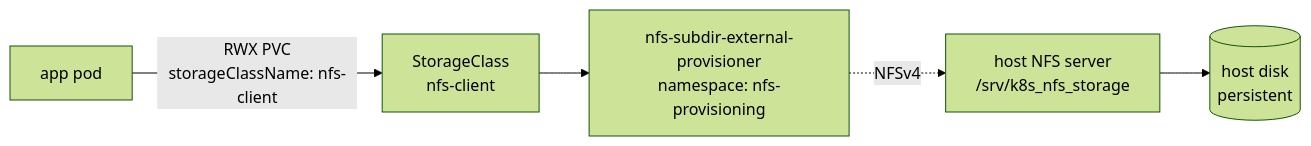
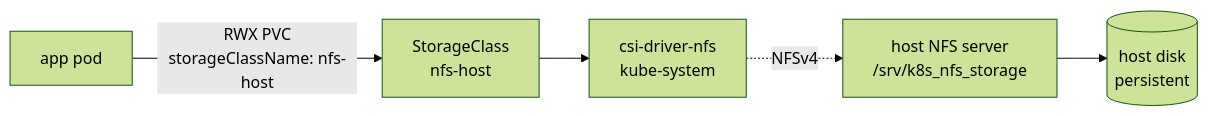
Before and after one commit to AndriyKalashnykov/kind-cluster: the third of 4 diagrams in README.md, drawn with Mermaid (forest theme). The commit also changed other lines of this file and 22 other files, not shown here.

````diff
--- a/README.md
+++ b/README.md
@@ -161,7 +163,7 @@
 ```mermaid
 flowchart LR
-    A[app pod] -->|RWX PVC<br/>storageClassName: nfs-client| SC[StorageClass<br/>nfs-client]
-    SC --> P[nfs-subdir-external-provisioner<br/>namespace: nfs-provisioning]
-    P -.NFSv4.-> HOST[host NFS server<br/>/srv/k8s_nfs_storage]
+    A[app pod] -->|RWX PVC<br/>storageClassName: nfs-host| SC[StorageClass<br/>nfs-host]
+    SC --> CSI[csi-driver-nfs<br/>kube-system]
+    CSI -.NFSv4.-> HOST[host NFS server<br/>/srv/k8s_nfs_storage]
     HOST --> DISK[(host disk<br/>persistent)]
 ```
````
